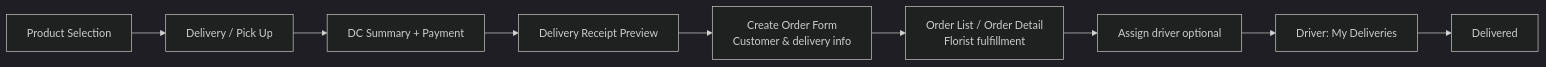
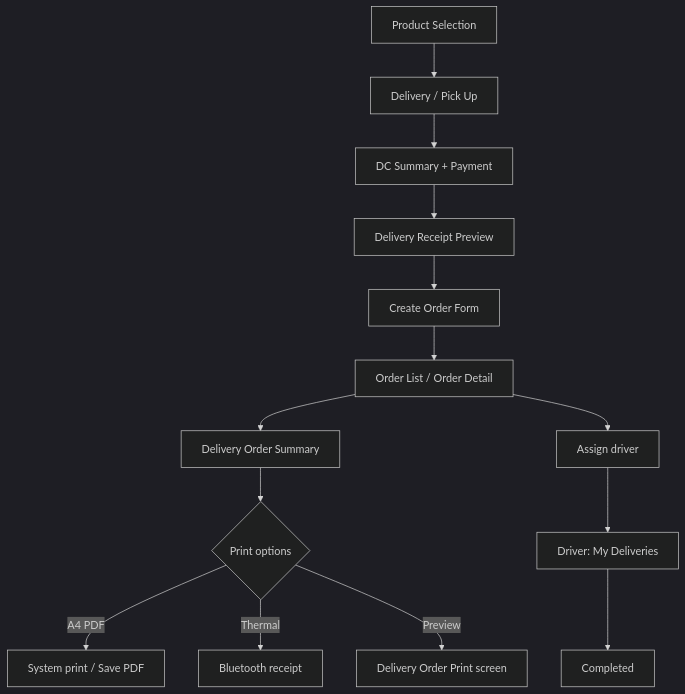
One commit to kahliantoo-rgb/tfg_vday changed the fourth of 10 diagrams in docs/WORKFLOW.md. Above: the diagram before and after it, drawn with Mermaid (dark theme). The commit also changed other lines of this file and 13 other files, not shown here.

First line of the commit message:
Add Bluetooth thermal and A4 PDF printing, update docs

````diff
--- a/docs/WORKFLOW.md
+++ b/docs/WORKFLOW.md
@@ -96,11 +104,16 @@
 ```mermaid
-flowchart LR
+flowchart TD
     A[Product Selection] --> B[Delivery / Pick Up]
     B --> C[DC Summary + Payment]
     C --> D[Delivery Receipt Preview]
-    D --> E[Create Order Form<br/>Customer & delivery info]
-    E --> F[Order List / Order Detail<br/>Florist fulfillment]
-    F --> G[Assign driver optional]
-    G --> H[Driver: My Deliveries]
-    H --> I[Delivered]
+    D --> E[Create Order Form]
+    E --> F[Order List / Order Detail]
+    F --> G[Delivery Order Summary]
+    G --> H{Print options}
+    H -->|A4 PDF| I[System print / Save PDF]
+    H -->|Thermal| J[Bluetooth receipt]
+    H -->|Preview| K[Delivery Order Print screen]
+    F --> L[Assign driver]
+    L --> M[Driver: My Deliveries]
+    M --> N[Completed]
 ```
````
